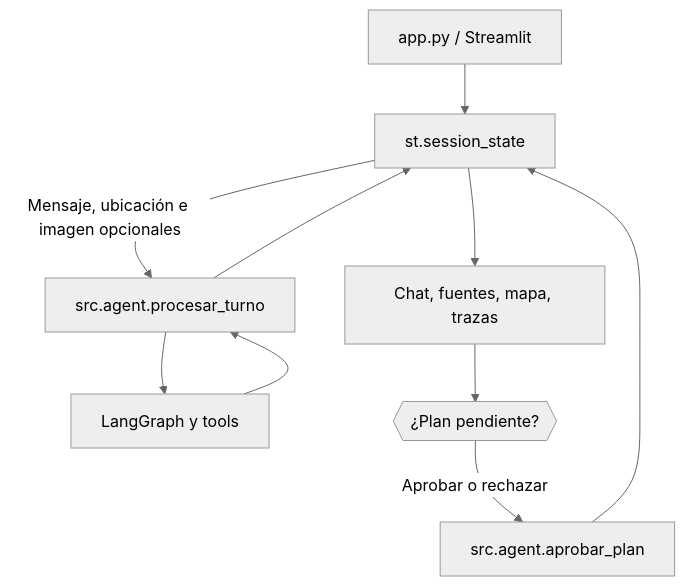
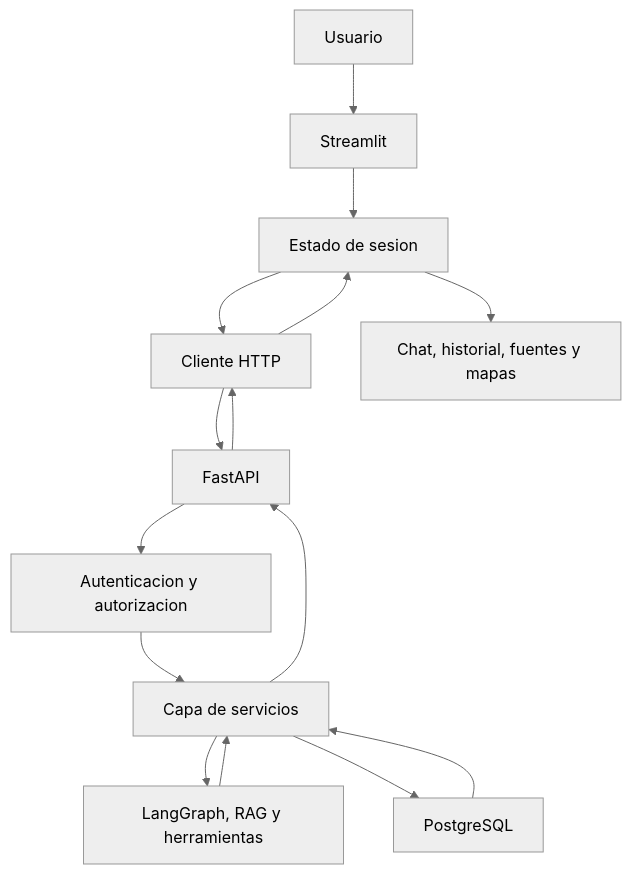
One commit to alex-bometon/pb03_equipo18 changed the diagram in specs/07-streamlit.md. Above: the diagram before and after it, drawn with Mermaid (neutral theme). The commit also changed other lines of this file and 17 other files, not shown here.

````diff
--- a/specs/07-streamlit.md
+++ b/specs/07-streamlit.md
@@ -7,12 +28,17 @@
 ```mermaid
 flowchart TD
-    UI[app.py / Streamlit] --> SES[st.session_state]
-    SES -->|Mensaje, ubicación e imagen opcionales| AT[src.agent.procesar_turno]
-    AT --> G[LangGraph y tools]
-    G --> AT
-    AT --> SES
-    SES --> V[Chat, fuentes, mapa, trazas]
-    V --> HITL{{¿Plan pendiente?}}
-    HITL -->|Aprobar o rechazar| AP[src.agent.aprobar_plan]
-    AP --> SES
+    U[Usuario] --> UI[Streamlit]
+    UI --> S[Estado de sesion]
+    S --> C[Cliente HTTP]
+    C --> B[FastAPI]
+    B --> A[Autenticacion y autorizacion]
+    A --> O[Capa de servicios]
+    O --> G[LangGraph, RAG y herramientas]
+    O --> P[PostgreSQL]
+    G --> O
+    P --> O
+    O --> B
+    B --> C
+    C --> S
+    S --> V[Chat, historial, fuentes y mapas]
 ```
````
